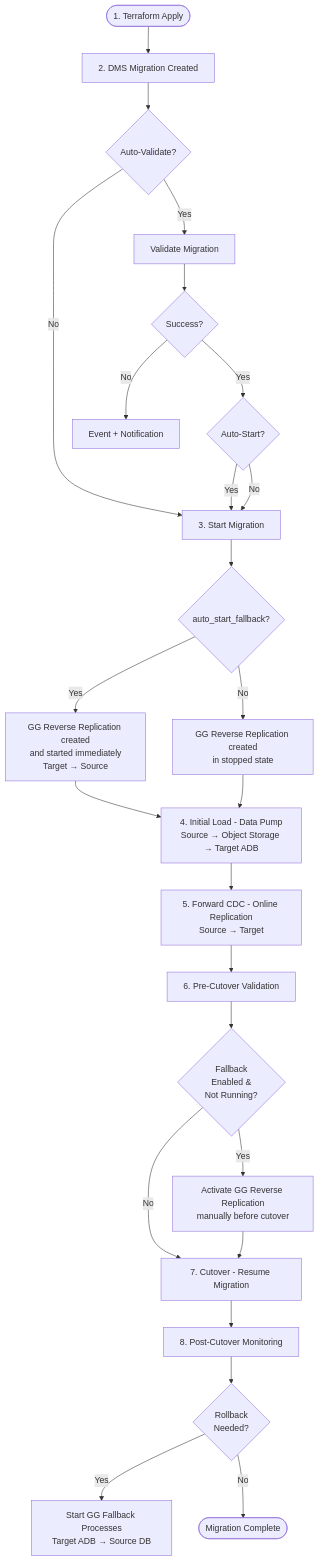
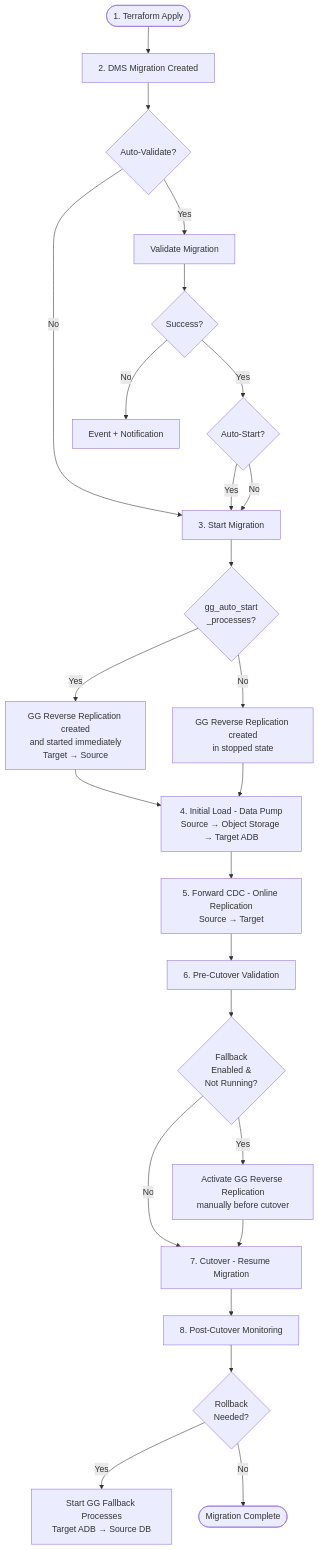
One commit to Diegoecab/oci-db-migrations changed the diagram in README.md. Above: the diagram before and after it, drawn with Mermaid. The commit also changed other lines of this file and 4 other files, not shown here.

First line of the commit message:
Rename auto_start_fallback to gg_auto_start_processes to match main branch

````diff
--- a/README.md
+++ b/README.md
@@ -82,28 +82,28 @@
 ```mermaid
 flowchart TD
     A([1. Terraform Apply]) --> B[2. DMS Migration Created]
     B --> C{Auto-Validate?}
     C -- Yes --> D[Validate Migration]
     C -- No --> G
     D --> E{Success?}
     E -- Yes --> F{Auto-Start?}
     E -- No --> N[Event + Notification]
     F -- Yes --> G[3. Start Migration]
     F -- No --> G
-    G --> GG{auto_start_fallback?}
+    G --> GG{gg_auto_start\n_processes?}
     GG -- Yes --> GG_RUN[GG Reverse Replication created\nand started immediately\nTarget → Source]
     GG -- No --> GG_STOP[GG Reverse Replication created\nin stopped state]
     GG_RUN --> H
     GG_STOP --> H
     H[4. Initial Load - Data Pump\nSource → Object Storage → Target ADB]
     H --> I[5. Forward CDC - Online Replication\nSource → Target]
     I --> J[6. Pre-Cutover Validation]
     J --> K{Fallback\nEnabled &\nNot Running?}
     K -- Yes --> L[Activate GG Reverse Replication\nmanually before cutover]
     K -- No --> M
     L --> M[7. Cutover - Resume Migration]
     M --> O[8. Post-Cutover Monitoring]
     O --> P{Rollback\nNeeded?}
     P -- Yes --> Q[Start GG Fallback Processes\nTarget ADB → Source DB]
     P -- No --> R([Migration Complete])
 ```
````
